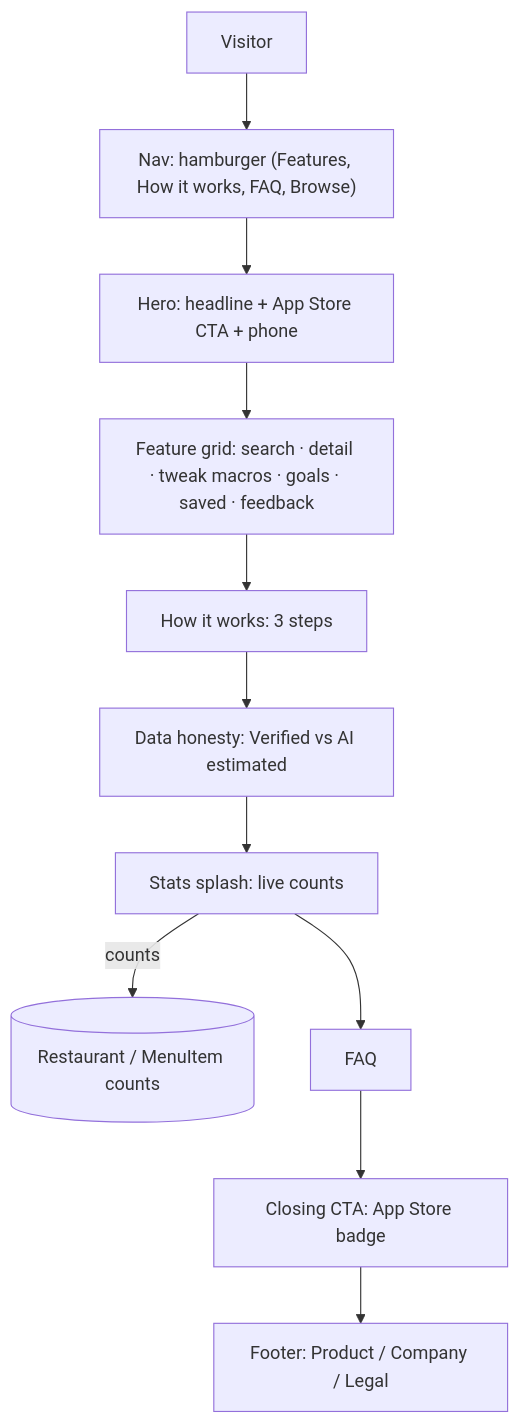
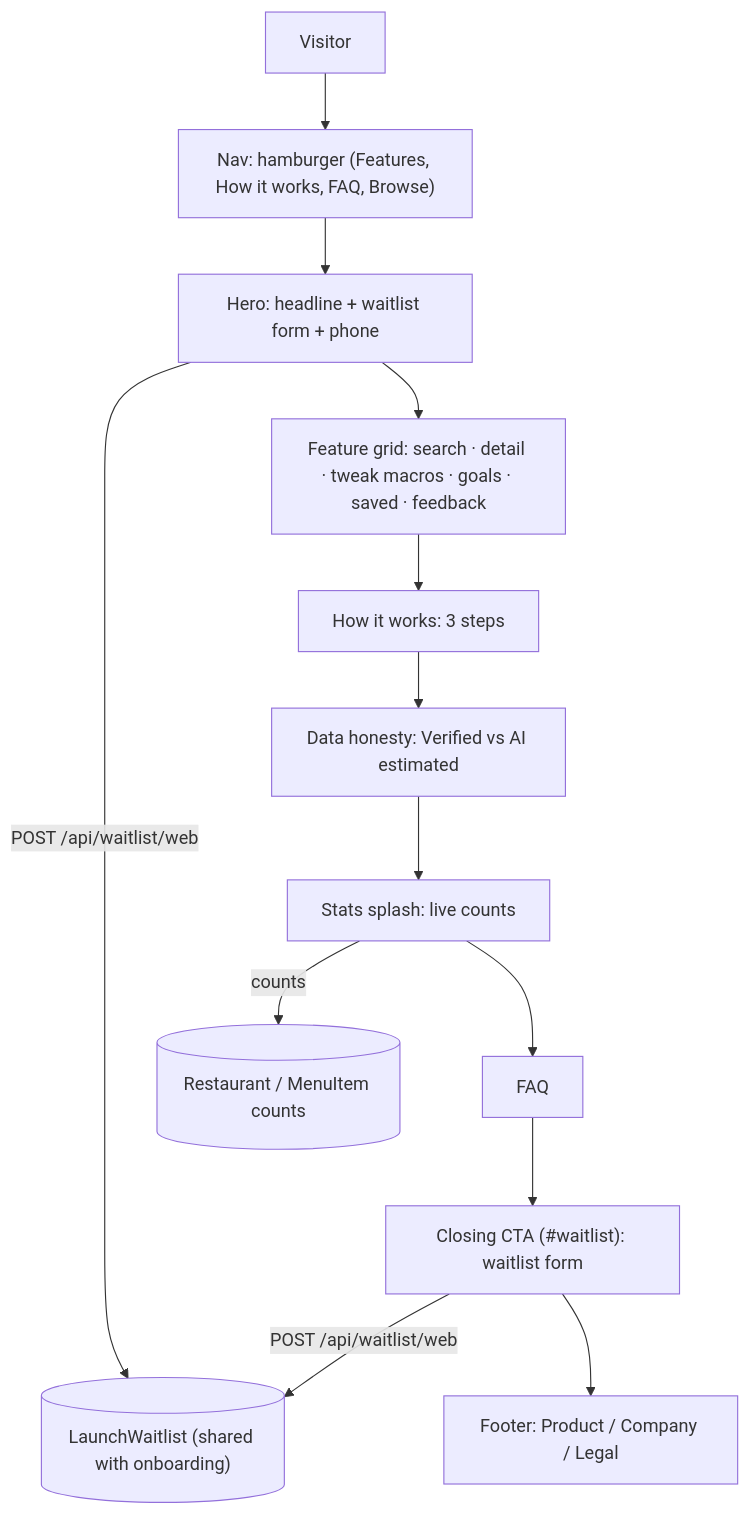
One commit to dgmolla/fitsy changed the diagram in docs/product/specs/landing-page.md. Above: the diagram before and after it, drawn with Mermaid. The commit also changed other lines of this file and 31 other files, not shown here.

First line of the commit message:
feat(backend): website waitlist wired into the shared LaunchWaitlist list; landing CTAs switch from App Store to Join the waitlist

````diff
--- a/docs/product/specs/landing-page.md
+++ b/docs/product/specs/landing-page.md
@@ -45,13 +47,15 @@
 ```mermaid
 flowchart TD
     V[Visitor] --> Nav["Nav: hamburger (Features, How it works, FAQ, Browse)"]
-    Nav --> Hero["Hero: headline + App Store CTA + phone"]
+    Nav --> Hero["Hero: headline + waitlist form + phone"]
+    Hero -->|"POST /api/waitlist/web"| WL[("LaunchWaitlist (shared with onboarding)")]
     Hero --> Grid["Feature grid: search · detail · tweak macros · goals · saved · feedback"]
     Grid --> How["How it works: 3 steps"]
     How --> Trust["Data honesty: Verified vs AI estimated"]
     Trust --> Stats["Stats splash: live counts"]
     Stats -->|"counts"| DB2[("Restaurant / MenuItem counts")]
     Stats --> FAQ["FAQ"]
-    FAQ --> Closing["Closing CTA: App Store badge"]
+    FAQ --> Closing["Closing CTA (#waitlist): waitlist form"]
+    Closing -->|"POST /api/waitlist/web"| WL
     Closing --> Footer["Footer: Product / Company / Legal"]
 ```
````
